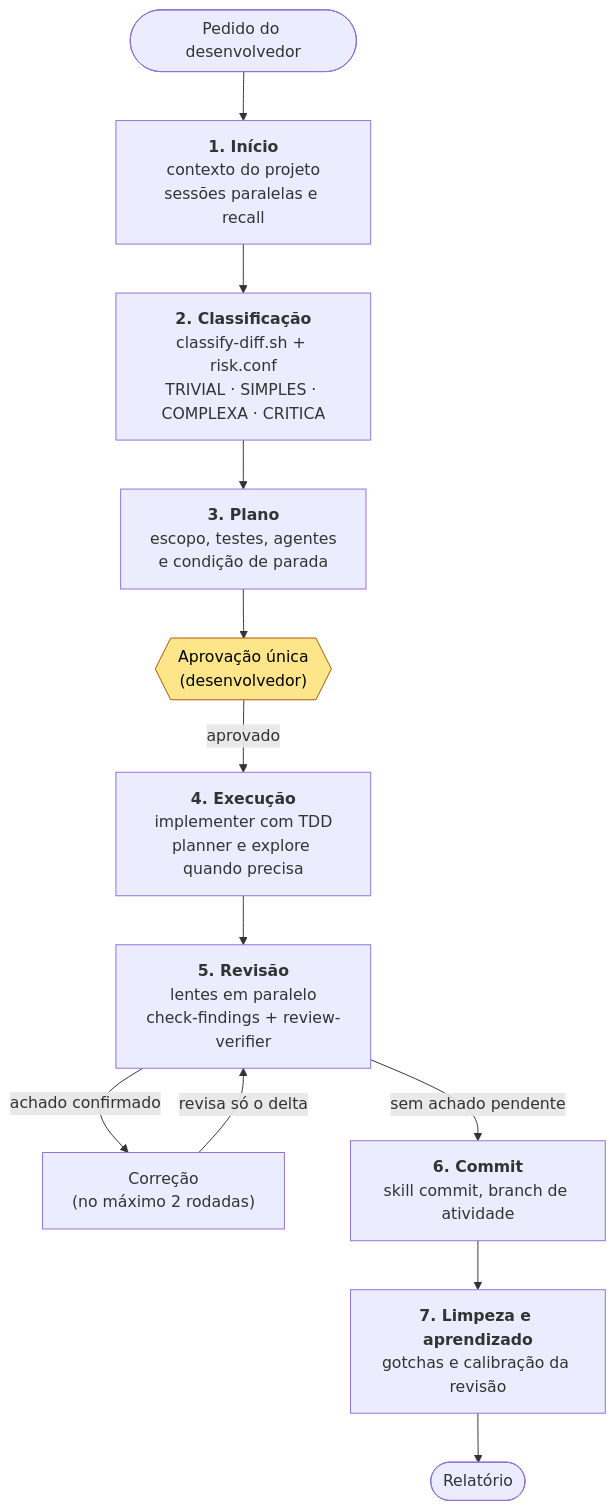
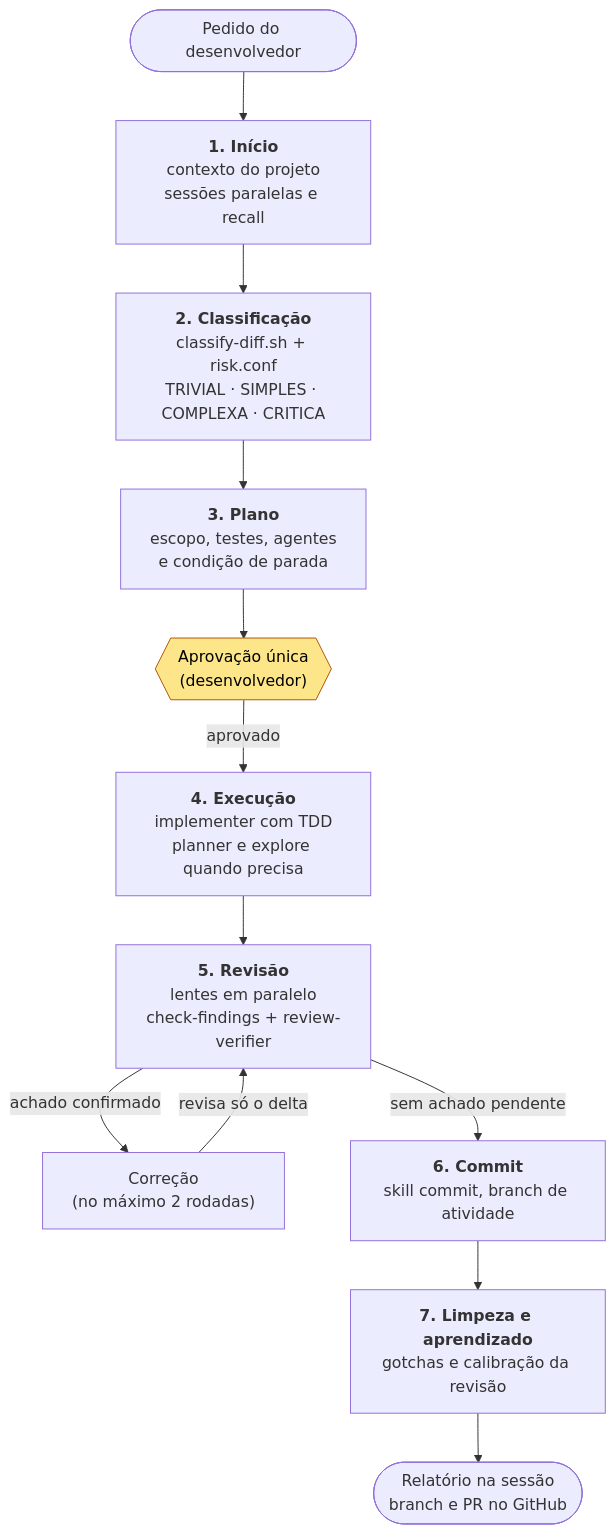
The third of 3 diagrams in README.md (wesllenm/wstack), drawn with Mermaid before and after one commit. The commit also changed other lines of this file, not shown here.

````diff
--- a/README.md
+++ b/README.md
@@ -19,17 +80,17 @@
 ```mermaid
 flowchart TD
     A([Pedido do desenvolvedor]) --> B["<b>1. Início</b><br/>contexto do projeto<br/>sessões paralelas e recall"]
     B --> C["<b>2. Classificação</b><br/>classify-diff.sh + risk.conf<br/>TRIVIAL · SIMPLES · COMPLEXA · CRITICA"]
     C --> D["<b>3. Plano</b><br/>escopo, testes, agentes<br/>e condição de parada"]
     D --> E{{"Aprovação única<br/>(desenvolvedor)"}}
     E -->|aprovado| F["<b>4. Execução</b><br/>implementer com TDD<br/>planner e explore quando precisa"]
     F --> G["<b>5. Revisão</b><br/>lentes em paralelo<br/>check-findings + review-verifier"]
     G -->|achado confirmado| H["Correção<br/>(no máximo 2 rodadas)"]
     H -->|revisa só o delta| G
     G -->|sem achado pendente| I["<b>6. Commit</b><br/>skill commit, branch de atividade"]
     I --> J["<b>7. Limpeza e aprendizado</b><br/>gotchas e calibração da revisão"]
-    J --> K([Relatório])
+    J --> K(["Relatório na sessão<br/>branch e PR no GitHub"])
 
     classDef humano fill:#fde68a,stroke:#b45309,color:#000
     class E humano
 ```
````
